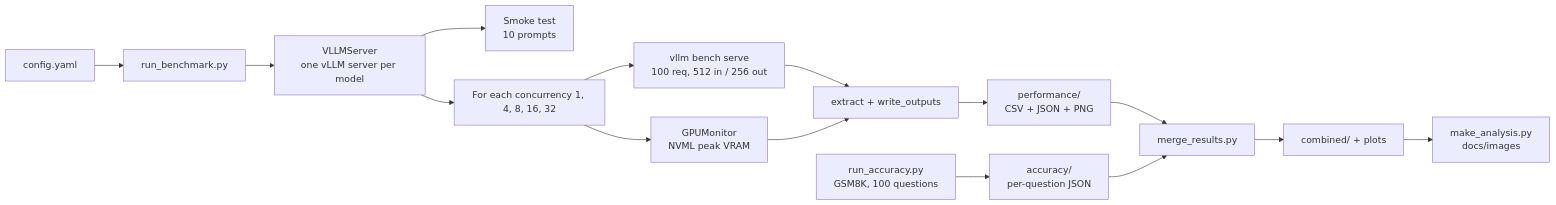
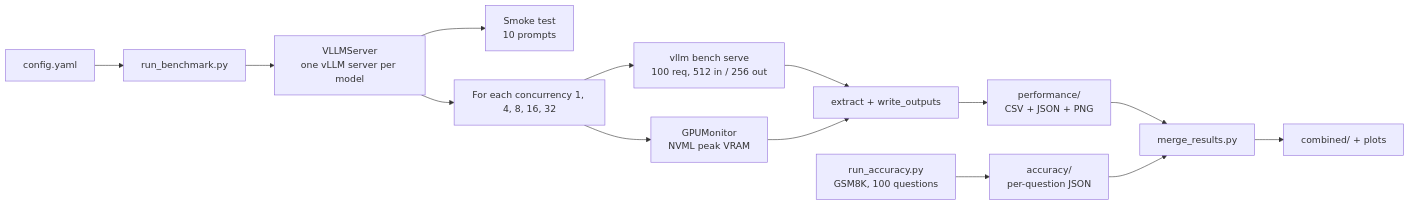
The diagram in README.md (Debasish-87/quantization-benchmark), drawn with Mermaid before and after one commit. The commit also changed other lines of this file, not shown here.

````diff
--- a/README.md
+++ b/README.md
@@ -174,17 +173,16 @@
 ```mermaid
 flowchart LR
     CFG["config.yaml"] --> RB["run_benchmark.py"]
     RB --> SRV["VLLMServer<br/>one vLLM server per model"]
     SRV --> SMOKE["Smoke test<br/>10 prompts"]
     SRV --> LOOP["For each concurrency 1, 4, 8, 16, 32"]
     LOOP --> MON["GPUMonitor<br/>NVML peak VRAM"]
     LOOP --> VB["vllm bench serve<br/>100 req, 512 in / 256 out"]
     VB --> EX["extract + write_outputs"]
     MON --> EX
     EX --> PERF["performance/<br/>CSV + JSON + PNG"]
     RA["run_accuracy.py<br/>GSM8K, 100 questions"] --> ACC["accuracy/<br/>per-question JSON"]
     PERF --> MERGE["merge_results.py"]
     ACC --> MERGE
     MERGE --> COMB["combined/ + plots"]
-    COMB --> AN["make_analysis.py<br/>docs/images"]
 ```
````
